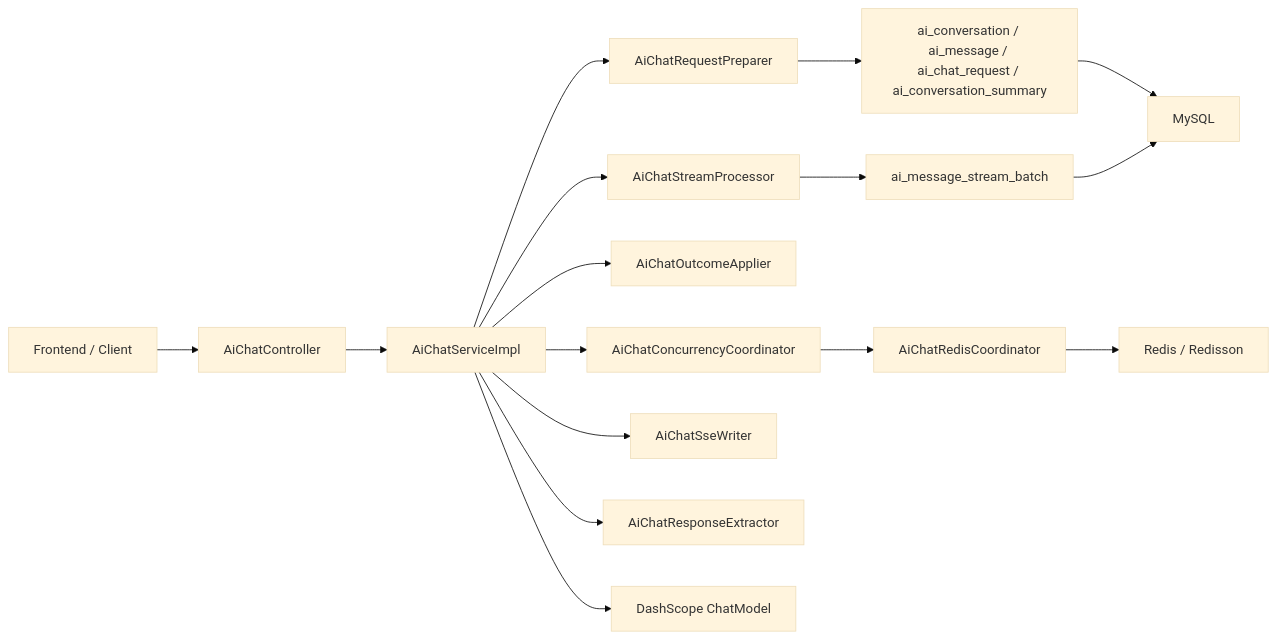
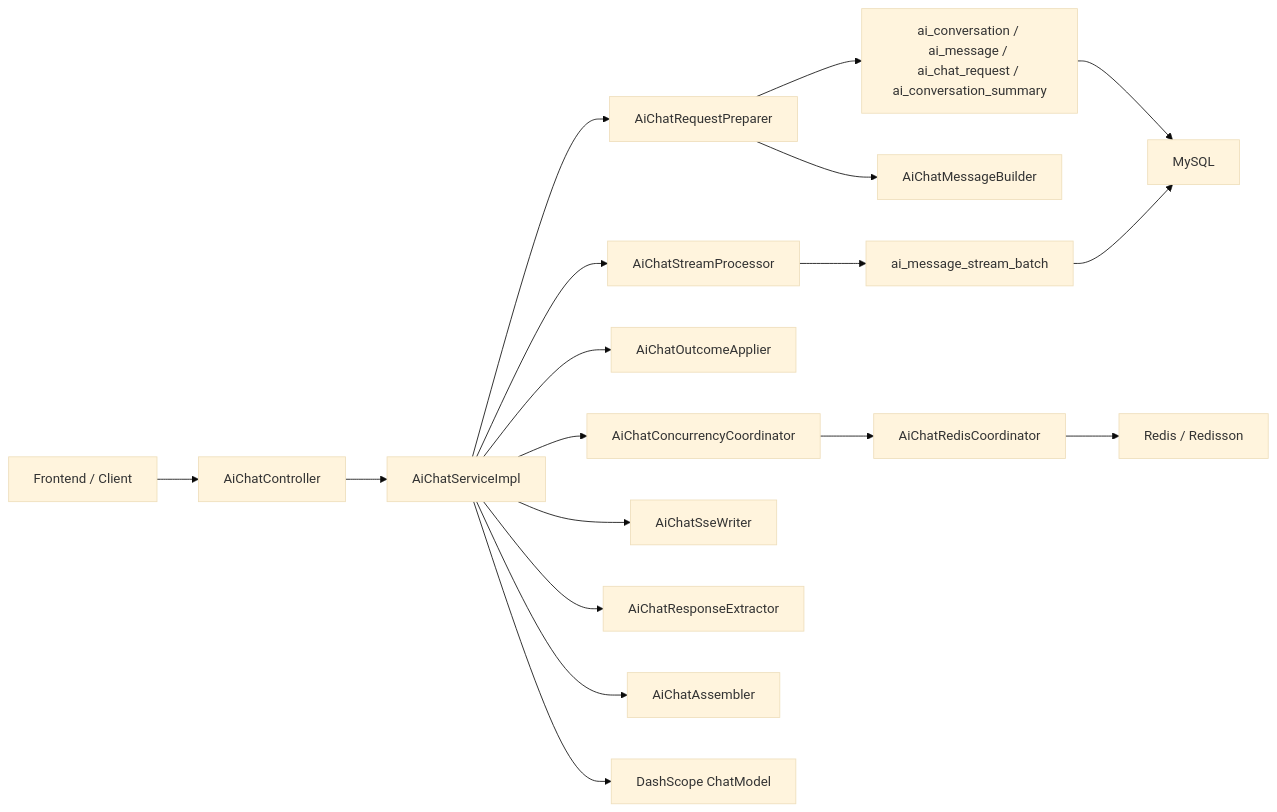
The first of 3 diagrams in docs/aichat/ai-chat-design.md (Askwayer/modular-hub), drawn with Mermaid (base theme) before and after one commit. The commit also changed other lines of this file and 2 other files, not shown here.

````diff
--- a/docs/aichat/ai-chat-design.md
+++ b/docs/aichat/ai-chat-design.md
@@ -44,21 +46,23 @@
 ```mermaid
 flowchart LR
     Client["Frontend / Client"] --> Controller["AiChatController"]
     Controller --> Service["AiChatServiceImpl"]
 
     Service --> Preparer["AiChatRequestPreparer"]
     Service --> Concurrency["AiChatConcurrencyCoordinator"]
     Service --> Outcome["AiChatOutcomeApplier"]
     Service --> Stream["AiChatStreamProcessor"]
     Service --> Writer["AiChatSseWriter"]
     Service --> Extractor["AiChatResponseExtractor"]
+    Service --> Assembler["AiChatAssembler"]
 
     Concurrency --> RedisCoord["AiChatRedisCoordinator"]
     RedisCoord --> Redis["Redis / Redisson"]
 
+    Preparer --> MsgBuilder["AiChatMessageBuilder"]
     Preparer --> Domain["ai_conversation / ai_message / ai_chat_request / ai_conversation_summary"]
     Stream --> Batch["ai_message_stream_batch"]
     Service --> Model["DashScope ChatModel"]
     Domain --> DB["MySQL"]
     Batch --> DB
 ```
````
